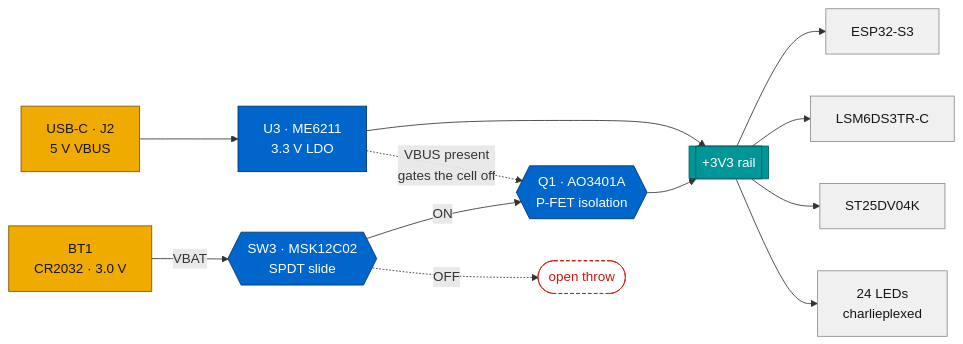
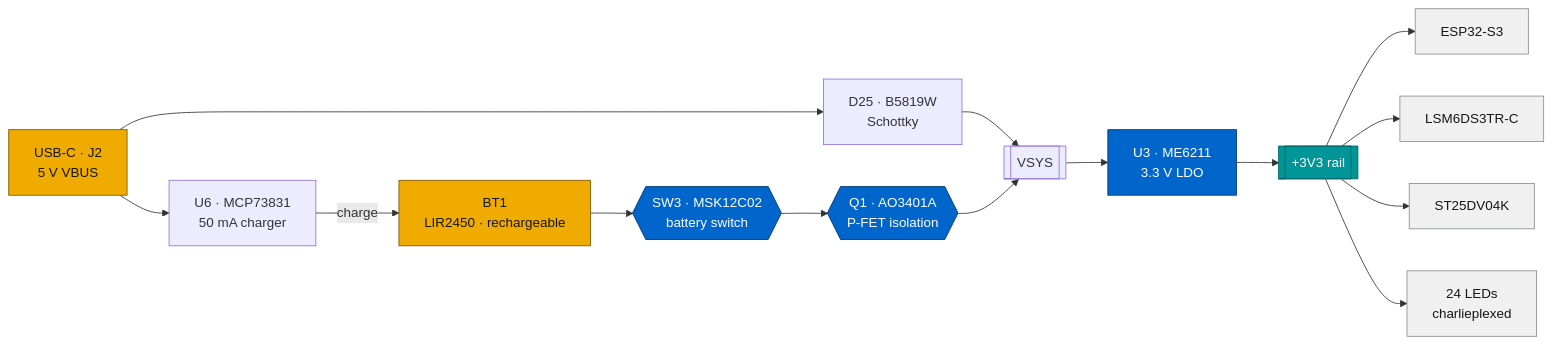
The first of 3 diagrams in README.md (Brillar0101/NeuralCard), drawn with Mermaid before and after one commit. The commit also changed other lines of this file and 28 other files, not shown here.

````diff
--- a/README.md
+++ b/README.md
@@ -78,25 +80,27 @@
 ```mermaid
 flowchart LR
-    USB["USB-C · J2<br/>5 V VBUS"] --> LDO["U3 · ME6211<br/>3.3 V LDO"]
-    BT1["BT1<br/>CR2032 · 3.0 V"] -->|VBAT| SW3{{"SW3 · MSK12C02<br/>SPDT slide"}}
-    SW3 -->|"ON"| Q1{{"Q1 · AO3401A<br/>P-FET isolation"}}
-    SW3 -.->|"OFF"| NC(["open throw"])
+    USB["USB-C · J2<br/>5 V VBUS"] --> D25["D25 · B5819W<br/>Schottky"]
+    D25 --> VSYS[["VSYS"]]
+    USB --> U6["U6 · MCP73831<br/>50 mA charger"]
+    U6 -->|"charge"| BT1["BT1<br/>LIR2450 · rechargeable"]
+    BT1 --> SW3{{"SW3 · MSK12C02<br/>battery switch"}}
+    SW3 --> Q1{{"Q1 · AO3401A<br/>P-FET isolation"}}
+    Q1 --> VSYS
+    VSYS --> LDO["U3 · ME6211<br/>3.3 V LDO"]
     LDO --> RAIL[["+3V3 rail"]]
-    LDO -.->|"VBUS present<br/>gates the cell off"| Q1
-    Q1 --> RAIL
     RAIL --> U1["ESP32-S3"]
     RAIL --> U2["LSM6DS3TR-C"]
     RAIL --> U4["ST25DV04K"]
     RAIL --> LEDS["24 LEDs<br/>charlieplexed"]
 
     classDef src fill:#F0AB00,stroke:#795600,color:#151515
     classDef sw fill:#0066CC,stroke:#003366,color:#FFFFFF
     classDef rail fill:#009596,stroke:#005F60,color:#FFFFFF
     classDef load fill:#F0F0F0,stroke:#8A8D90,color:#151515
     classDef off fill:#FFFFFF,stroke:#C9190B,color:#C9190B,stroke-dasharray:4 3
     class USB,BT1 src
     class SW3,Q1,LDO sw
     class RAIL rail
     class U1,U2,U4,LEDS load
     class NC off
 ```
````
